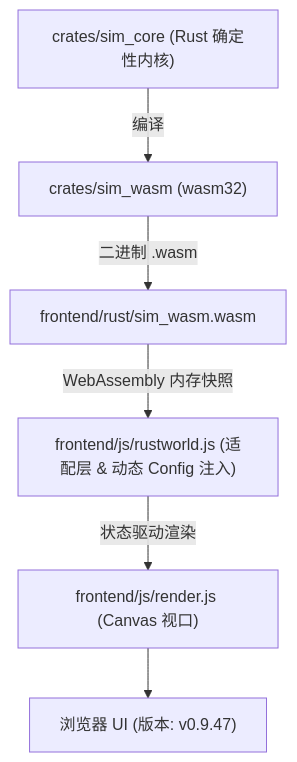
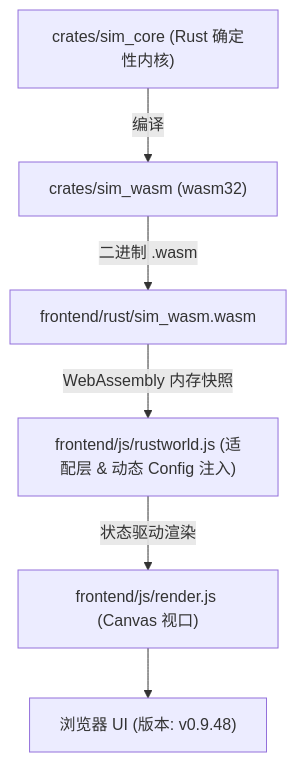
Before and after one commit to g39088902/FlowAndAccord: the diagram in AGENTS.md, drawn with Mermaid. The commit also changed other lines of this file and 9 other files, not shown here.

````diff
--- a/AGENTS.md
+++ b/AGENTS.md
@@ -41,8 +41,8 @@
 ```mermaid
 graph TD
     A["crates/sim_core (Rust 确定性内核)"] -->|编译| B["crates/sim_wasm (wasm32)"]
     B -->|二进制 .wasm| C["frontend/rust/sim_wasm.wasm"]
     C -->|WebAssembly 内存快照| D["frontend/js/rustworld.js (适配层 & 动态 Config 注入)"]
     D -->|状态驱动渲染| E["frontend/js/render.js (Canvas 视口)"]
-    E --> F["浏览器 UI (版本: v0.9.47)"]
+    E --> F["浏览器 UI (版本: v0.9.48)"]
 ```
````
